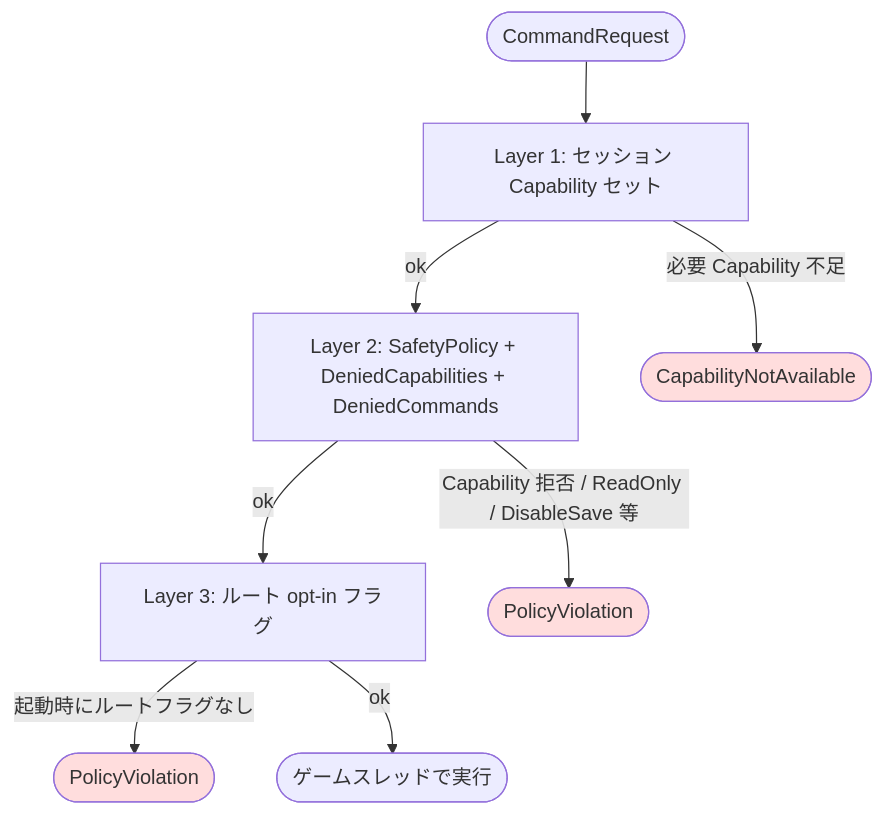
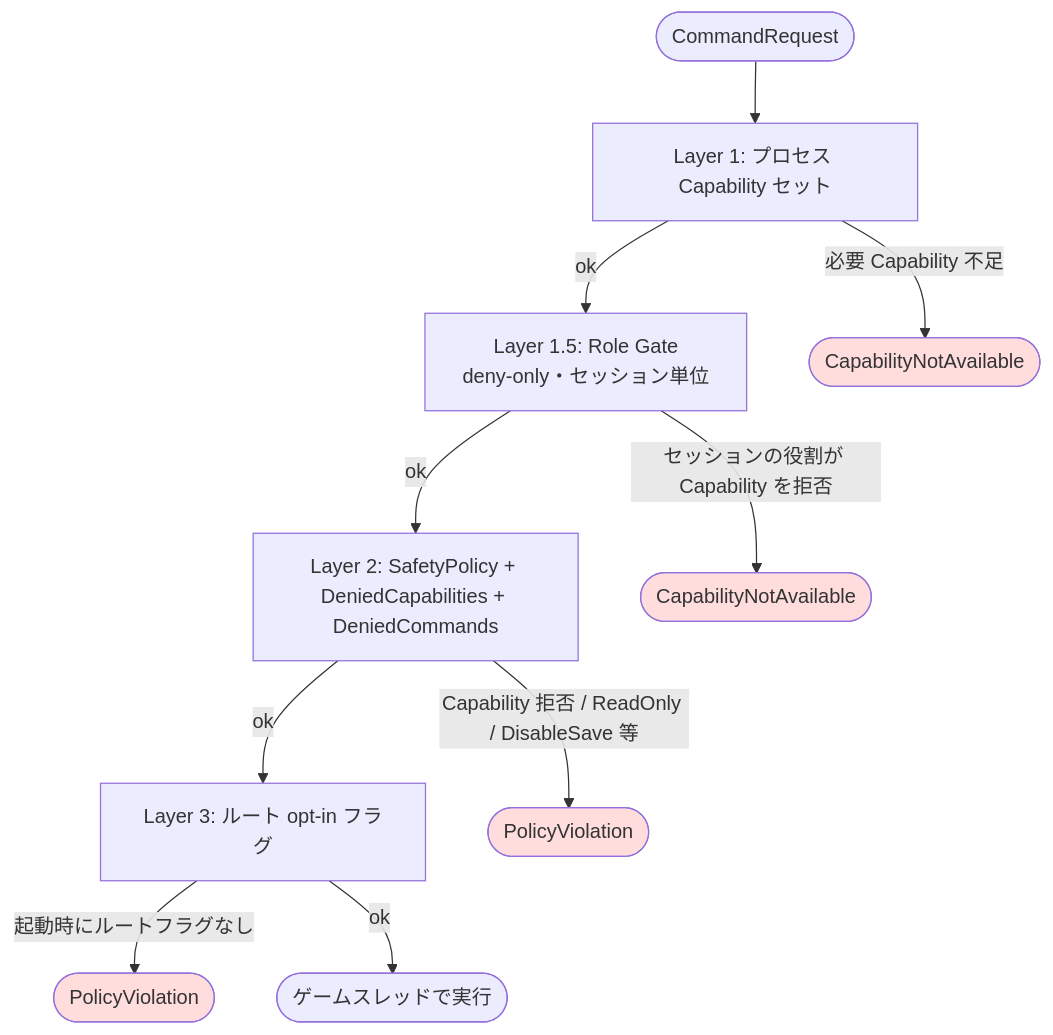
The first of 2 diagrams in docs/ja/safety.md (Naotsun19B/UnrealAIIntegrationPlatform-Document), drawn with Mermaid before and after one commit. The commit also changed other lines of this file and 9 other files, not shown here.

First line of the commit message:
docs: document role-based capability downgrade (Layer 1.5)

````diff
--- a/docs/ja/safety.md
+++ b/docs/ja/safety.md
@@ -17,20 +20,24 @@
 ```mermaid
 flowchart TB
     Cmd([CommandRequest])
-    L1[Layer 1: セッション Capability セット]
+    L1[Layer 1: プロセス Capability セット]
+    L15[Layer 1.5: Role Gate<br/>deny-only・セッション単位]
     L2[Layer 2: SafetyPolicy + DeniedCapabilities + DeniedCommands]
     L3[Layer 3: ルート opt-in フラグ]
     Exec([ゲームスレッドで実行])
 
     Cmd --> L1
     L1 -- "必要 Capability 不足" --> E1([CapabilityNotAvailable])
-    L1 -- ok --> L2
+    L1 -- ok --> L15
+    L15 -- "セッションの役割が Capability を拒否" --> E15([CapabilityNotAvailable])
+    L15 -- ok --> L2
     L2 -- "Capability 拒否 / ReadOnly / DisableSave 等" --> E2([PolicyViolation])
     L2 -- ok --> L3
     L3 -- "起動時にルートフラグなし" --> E3([PolicyViolation])
     L3 -- ok --> Exec
 
     style E1 fill:#fdd
+    style E15 fill:#fdd
     style E2 fill:#fdd
     style E3 fill:#fdd
 ```
````
